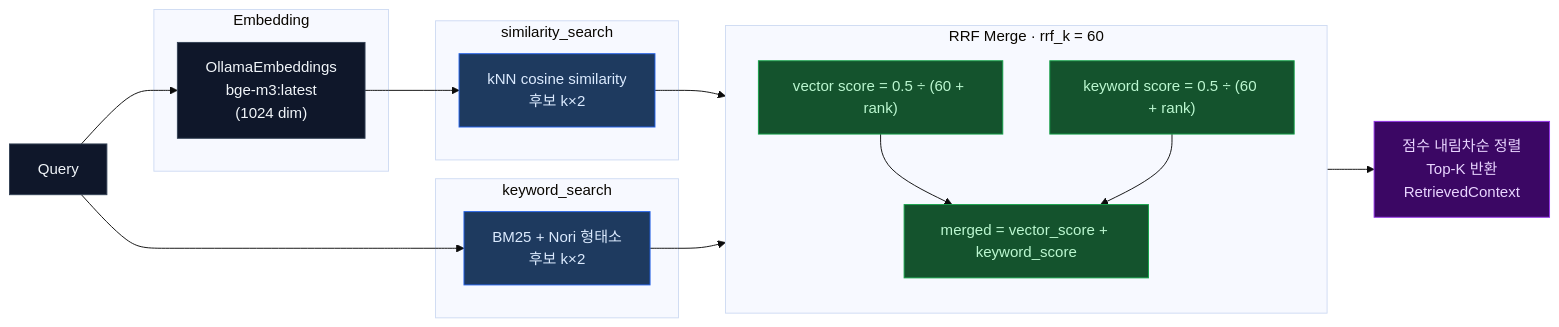
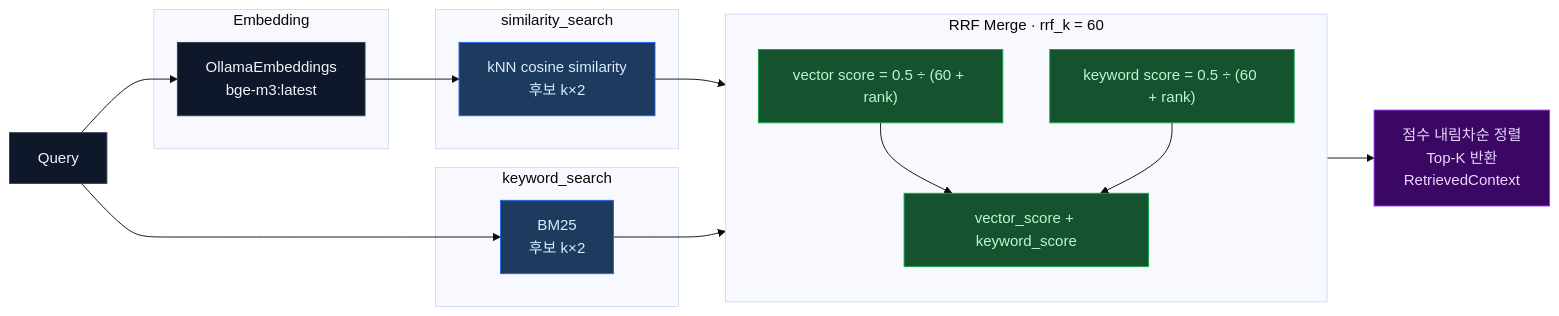
Before and after one commit to linkmind-ai/rag-project: the third of 3 diagrams in README.md, drawn with Mermaid (base theme). The commit also changed other lines of this file, not shown here.

````diff
--- a/README.md
+++ b/README.md
@@ -154,38 +142,38 @@
 ```mermaid
 flowchart LR
     classDef input  fill:#0f172a,stroke:#334155,color:#f1f5f9
     classDef search fill:#1e3a5f,stroke:#2563eb,color:#dbeafe
     classDef merge  fill:#14532d,stroke:#16a34a,color:#bbf7d0
     classDef out    fill:#3b0764,stroke:#9333ea,color:#e9d5ff
 
     Q["Query"]:::input
 
     subgraph EMB["Embedding"]
-        E["OllamaEmbeddings\nbge-m3:latest\n(1024 dim)"]:::input
+        E["OllamaEmbeddings\nbge-m3:latest\n"]:::input
     end
 
     subgraph VSEARCH["similarity_search"]
         VS["kNN cosine similarity\n후보 k×2"]:::search
     end
 
     subgraph KSEARCH["keyword_search"]
-        KS["BM25 + Nori 형태소\n후보 k×2"]:::search
+        KS["BM25\n후보 k×2"]:::search
     end
 
     subgraph RRF["RRF Merge  ·  rrf_k = 60"]
         direction TB
         RS1["vector score = 0.5 ÷ (60 + rank)"]:::merge
         RS2["keyword score = 0.5 ÷ (60 + rank)"]:::merge
-        RS3["merged = vector_score + keyword_score"]:::merge
+        RS3["vector_score + keyword_score"]:::merge
         RS1 --> RS3
         RS2 --> RS3
     end
 
     TOP["점수 내림차순 정렬\nTop-K 반환\nRetrievedContext"]:::out
 
     Q --> E --> VS
     Q --> KS
     VS --> RS1
     KS --> RS2
     RS3 --> TOP
 ```
````
